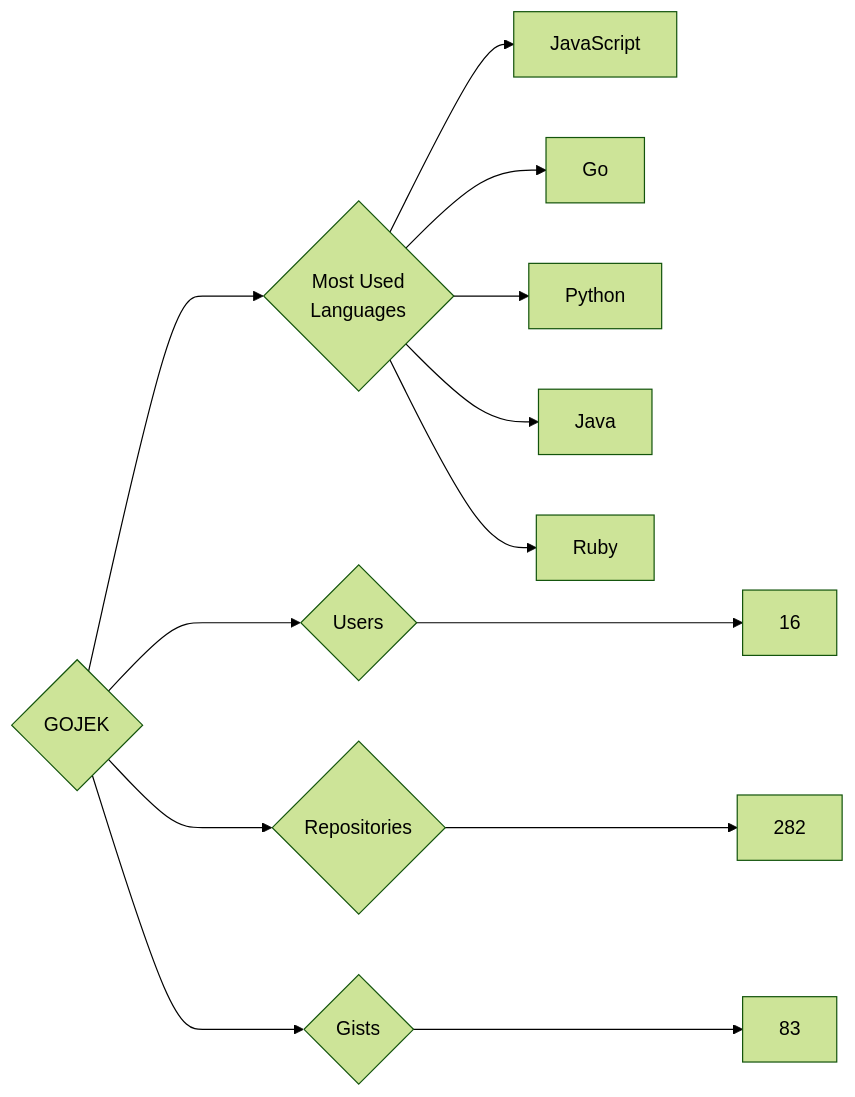
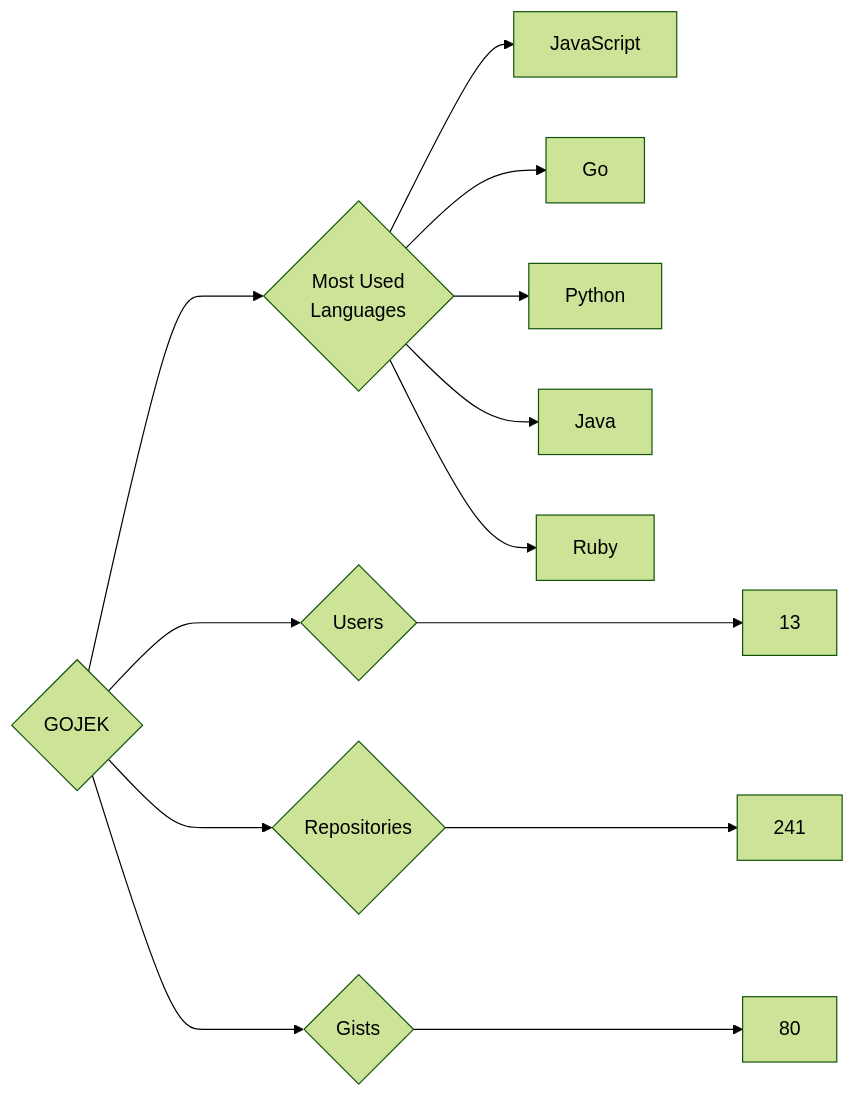
Before and after one commit to trickest/insiders: the diagram in targets/GOJEK/README.md, drawn with Mermaid (forest theme). The commit also changed 891 other files, not shown here.

````diff
--- a/targets/GOJEK/README.md
+++ b/targets/GOJEK/README.md
@@ -3,13 +3,13 @@
 ```mermaid
 graph LR
 COMPANY_NAME{GOJEK}
-COMPANY_NAME ---> U{Users} ---> UN[16]
-COMPANY_NAME ---> R{Repositories} ---> RN[282]
-COMPANY_NAME ---> G{Gists} ---> GN[83]
+COMPANY_NAME ---> U{Users} ---> UN[13]
+COMPANY_NAME ---> R{Repositories} ---> RN[241]
+COMPANY_NAME ---> G{Gists} ---> GN[80]
 COMPANY_NAME ---> ML{Most Used<br>Languages}
 ML --> JavaScript[JavaScript]
 ML --> Go[Go]
 ML --> Python[Python]
 ML --> Java[Java]
 ML --> Ruby[Ruby]
 ```
````
